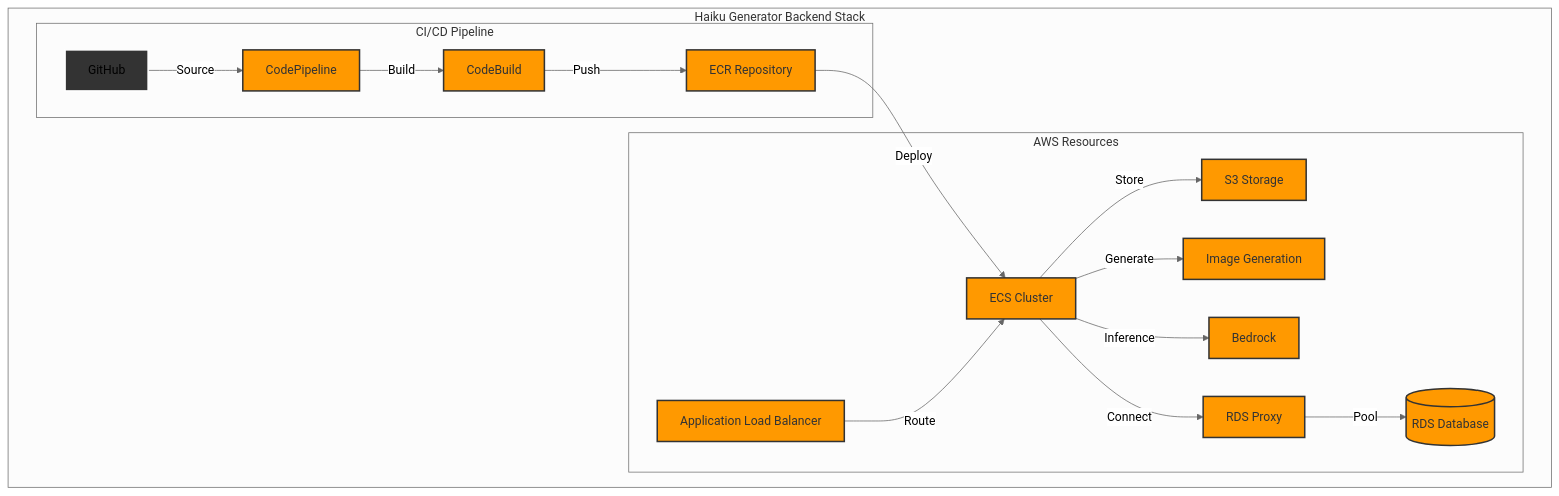
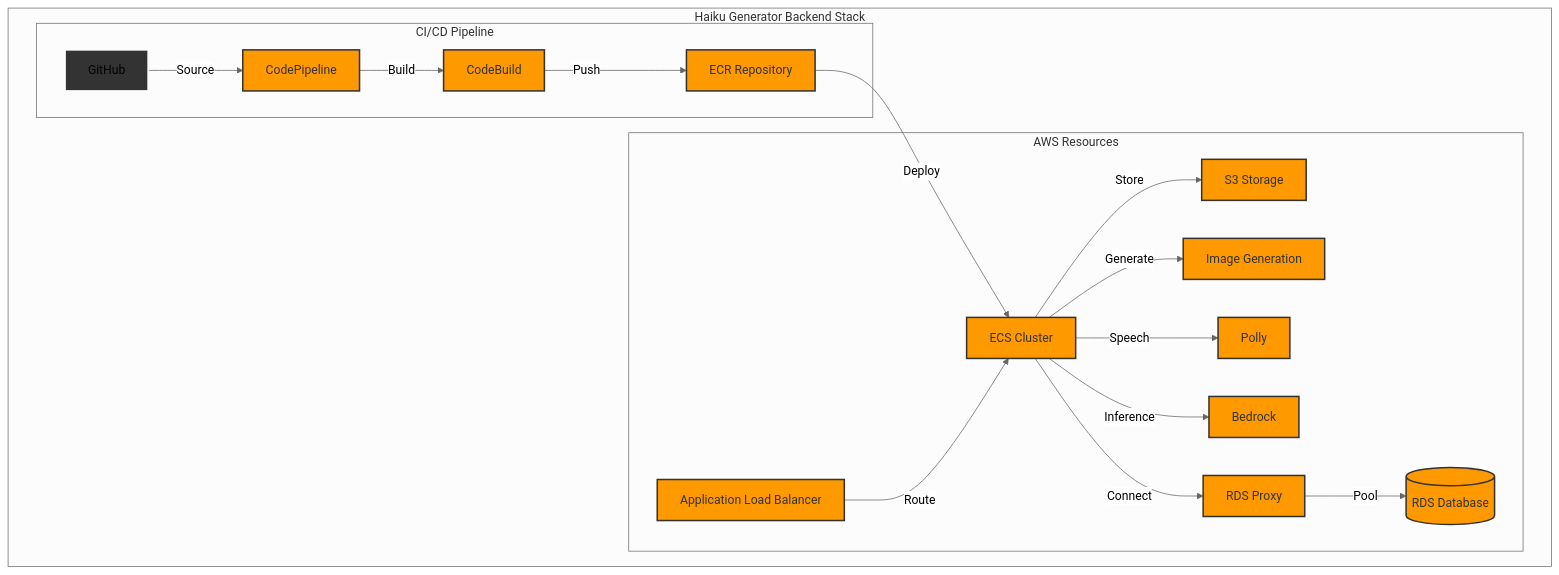
The fifth of 12 diagrams in aws/AWS-Tech-Specs-v3.md (danielwohlgemuth/free-genai-bootcamp-2025), drawn with Mermaid (neutral theme) before and after one commit.

Commit message:
Add Polly to haiku backend diagram

````diff
--- a/aws/AWS-Tech-Specs-v3.md
+++ b/aws/AWS-Tech-Specs-v3.md
@@ -234,43 +234,46 @@
 ```mermaid
 graph TB
     subgraph HaikuGeneratorBackendStack[Haiku Generator Backend Stack]
         subgraph AWSResources[AWS Resources]
             ECS[ECS Cluster]
             ALB[Application Load Balancer]
             S3[S3 Storage]
             PROXY[RDS Proxy]
             RDS[(RDS Database)]
             BDR[Bedrock]
+            PLY[Polly]
             IMG[Image Generation]
             style ECS fill:#FF9900,stroke:#333,stroke-width:2px,color:#333
             style ALB fill:#FF9900,stroke:#333,stroke-width:2px,color:#333
             style S3 fill:#FF9900,stroke:#333,stroke-width:2px,color:#333
             style PROXY fill:#FF9900,stroke:#333,stroke-width:2px,color:#333
             style RDS fill:#FF9900,stroke:#333,stroke-width:2px,color:#333
             style BDR fill:#FF9900,stroke:#333,stroke-width:2px,color:#333
+            style PLY fill:#FF9900,stroke:#333,stroke-width:2px,color:#333
             style IMG fill:#FF9900,stroke:#333,stroke-width:2px,color:#333
         end
         
         subgraph CICDPipeline[CI/CD Pipeline]
             GH[GitHub]
             CP[CodePipeline]
             CB[CodeBuild]
             ECR[ECR Repository]
             style GH fill:#333,stroke:#fff,stroke-width:2px
             style CP fill:#FF9900,stroke:#333,stroke-width:2px,color:#333
             style CB fill:#FF9900,stroke:#333,stroke-width:2px,color:#333
             style ECR fill:#FF9900,stroke:#333,stroke-width:2px,color:#333
         end
     end
     
     ECS -->|Store| S3
     GH -->|Source| CP
     CP -->|Build| CB
     CB -->|Push| ECR
     ECR -->|Deploy| ECS
     ECS -->|Generate| IMG
+    ECS -->|Speech| PLY
     ECS -->|Inference| BDR
     ECS -->|Connect| PROXY
     ALB -->|Route| ECS
     PROXY -->|Pool| RDS
 ```
````
